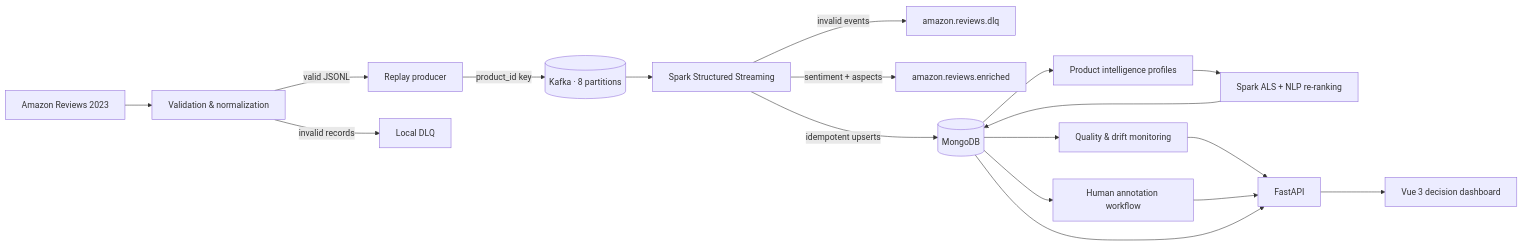
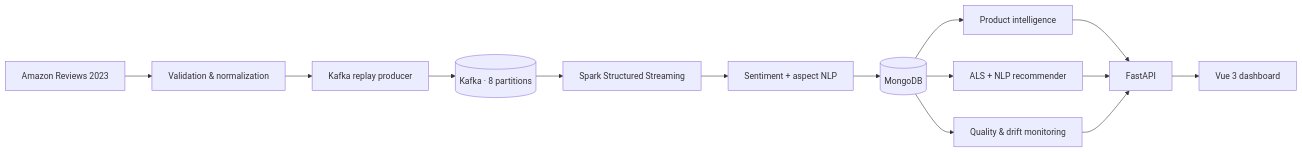
One commit to btissam75/amazon-review-intelligence changed the diagram in README.md. Above: the diagram before and after it, drawn with Mermaid. The commit also changed other lines of this file, not shown here.

````diff
--- a/README.md
+++ b/README.md
@@ -95,20 +92,16 @@
 ```mermaid
 flowchart LR
     A[Amazon Reviews 2023] --> B[Validation & normalization]
-    B -->|valid JSONL| C[Replay producer]
-    B -->|invalid records| DLQ1[Local DLQ]
-    C -->|product_id key| K[(Kafka · 8 partitions)]
+    B --> C[Kafka replay producer]
+    C --> K[(Kafka · 8 partitions)]
     K --> S[Spark Structured Streaming]
-    S -->|invalid events| DLQ2[amazon.reviews.dlq]
-    S -->|sentiment + aspects| E[amazon.reviews.enriched]
-    S -->|idempotent upserts| M[(MongoDB)]
-    M --> P[Product intelligence profiles]
-    P --> R[Spark ALS + NLP re-ranking]
-    R --> M
-    M --> MON[Quality & drift monitoring]
-    M --> ANN[Human annotation workflow]
-    MON --> API[FastAPI]
-    ANN --> API
-    M --> API
-    API --> UI[Vue 3 decision dashboard]
+    S --> N[Sentiment + aspect NLP]
+    N --> M[(MongoDB)]
+    M --> P[Product intelligence]
+    M --> R[ALS + NLP recommender]
+    P --> API[FastAPI]
+    R --> API
+    M --> Q[Quality & drift monitoring]
+    Q --> API
+    API --> UI[Vue 3 dashboard]
 ```
````
